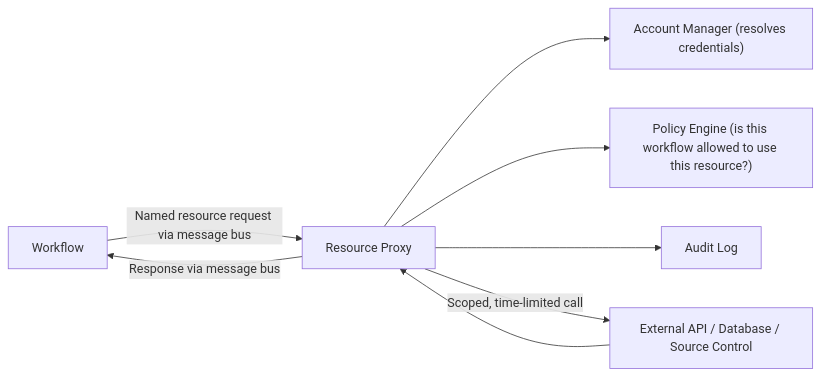
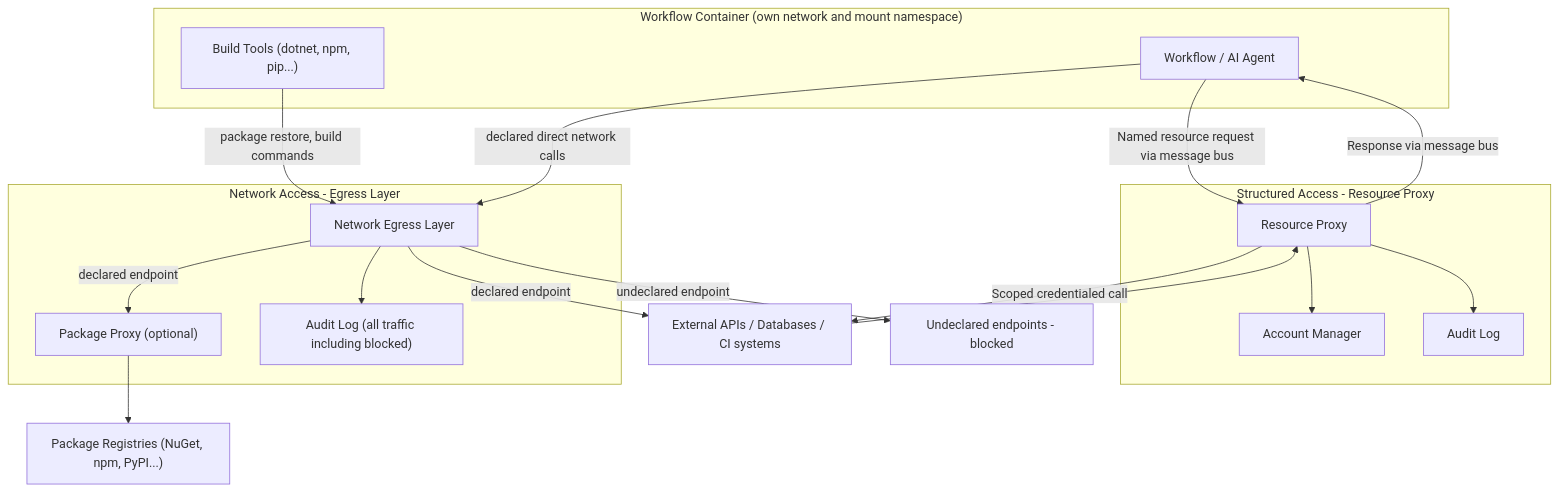
The fifth of 11 diagrams in ARCHITECTURE.md (FelixKlakow/Auxilia), drawn with Mermaid before and after one commit. The commit also changed other lines of this file and 2 other files, not shown here.

````diff
--- a/ARCHITECTURE.md
+++ b/ARCHITECTURE.md
@@ -232,10 +329,38 @@
 ```mermaid
-graph LR
-    WF["Workflow"] -->|Named resource request via message bus| PROXY["Resource Proxy"]
-    PROXY --> ACCT["Account Manager (resolves credentials)"]
-    PROXY --> POLICY["Policy Engine (is this workflow allowed to use this resource?)"]
-    PROXY --> AUDIT["Audit Log"]
-    PROXY -->|Scoped, time-limited call| EXT["External API / Database / Source Control"]
+graph TB
+    subgraph Container["Workflow Container (own network and mount namespace)"]
+        WF["Workflow / AI Agent"]
+        BUILD["Build Tools (dotnet, npm, pip...)"]
+    end
+
+    subgraph StructuredAccess["Structured Access - Resource Proxy"]
+        PROXY["Resource Proxy"]
+        ACCT["Account Manager"]
+        AUDIT1["Audit Log"]
+    end
+
+    subgraph NetworkAccess["Network Access - Egress Layer"]
+        NET["Network Egress Layer"]
+        PKG_PROXY["Package Proxy (optional)"]
+        AUDIT2["Audit Log (all traffic including blocked)"]
+    end
+
+    EXT["External APIs / Databases / CI systems"]
+    PKG_REG["Package Registries (NuGet, npm, PyPI...)"]
+    BLOCKED["Undeclared endpoints - blocked"]
+
+    WF -->|Named resource request via message bus| PROXY
+    PROXY --> ACCT
+    PROXY --> AUDIT1
+    PROXY -->|Scoped credentialed call| EXT
     EXT --> PROXY
     PROXY -->|Response via message bus| WF
+
+    BUILD -->|package restore, build commands| NET
+    WF -->|declared direct network calls| NET
+    NET -->|declared endpoint| PKG_PROXY
+    NET -->|declared endpoint| EXT
+    NET -->|undeclared endpoint| BLOCKED
+    NET --> AUDIT2
+    PKG_PROXY --> PKG_REG
 ```
````
